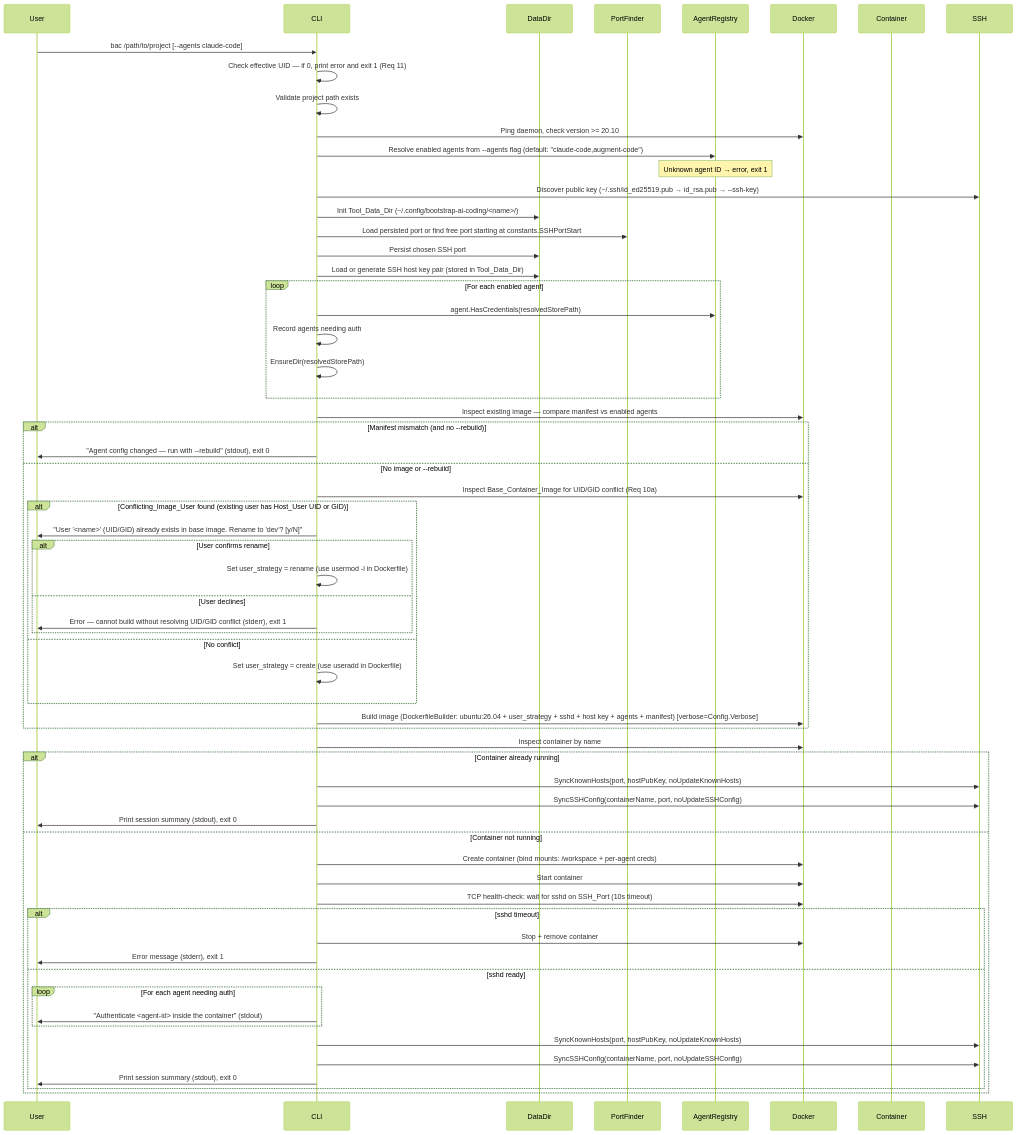
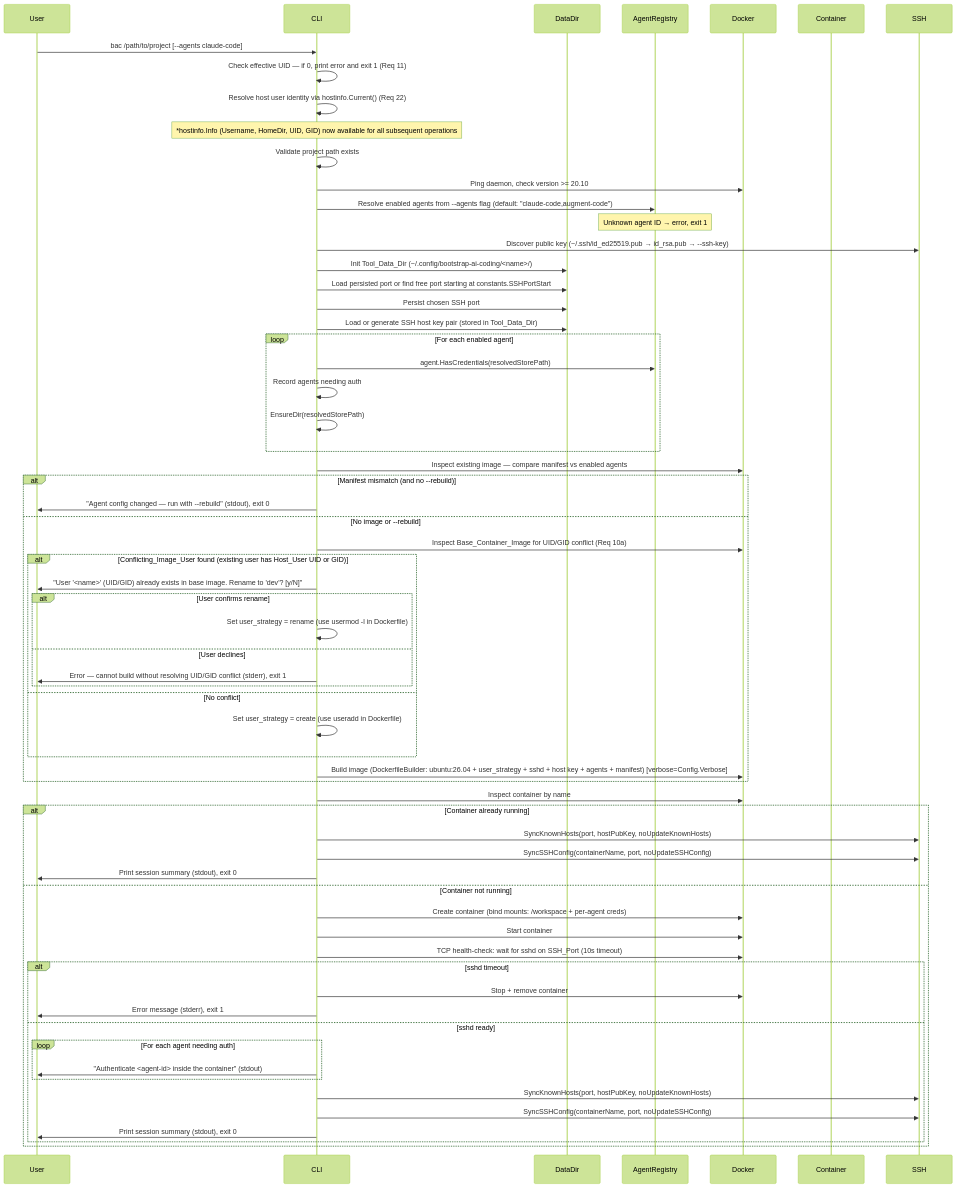
Before and after one commit to koudis/bootstrap-ai-coding: the second of 4 diagrams in .kiro/specs/bootstrap-ai-coding/design-architecture.md, drawn with Mermaid (forest theme). The commit also changed other lines of this file and 33 other files, not shown here.

````diff
--- a/.kiro/specs/bootstrap-ai-coding/design-architecture.md
+++ b/.kiro/specs/bootstrap-ai-coding/design-architecture.md
@@ -80,65 +81,66 @@
 ```mermaid
 sequenceDiagram
     participant User
     participant CLI
     participant DataDir
-    participant PortFinder
     participant AgentRegistry
     participant Docker
     participant Container
 
     User->>CLI: bac /path/to/project [--agents claude-code]
     CLI->>CLI: Check effective UID — if 0, print error and exit 1 (Req 11)
+    CLI->>CLI: Resolve host user identity via hostinfo.Current() (Req 22)
+    note over CLI: *hostinfo.Info (Username, HomeDir, UID, GID) now available for all subsequent operations
     CLI->>CLI: Validate project path exists
     CLI->>Docker: Ping daemon, check version >= 20.10
     CLI->>AgentRegistry: Resolve enabled agents from --agents flag (default: "claude-code,augment-code")
     note over AgentRegistry: Unknown agent ID → error, exit 1
     CLI->>SSH: Discover public key (~/.ssh/id_ed25519.pub → id_rsa.pub → --ssh-key)
     CLI->>DataDir: Init Tool_Data_Dir (~/.config/bootstrap-ai-coding/<name>/)
-    CLI->>PortFinder: Load persisted port or find free port starting at constants.SSHPortStart
+    CLI->>DataDir: Load persisted port or find free port starting at constants.SSHPortStart
     CLI->>DataDir: Persist chosen SSH port
     CLI->>DataDir: Load or generate SSH host key pair (stored in Tool_Data_Dir)
     loop For each enabled agent
         CLI->>AgentRegistry: agent.HasCredentials(resolvedStorePath)
         CLI->>CLI: Record agents needing auth
         CLI->>CLI: EnsureDir(resolvedStorePath)
     end
     CLI->>Docker: Inspect existing image — compare manifest vs enabled agents
     alt Manifest mismatch (and no --rebuild)
         CLI->>User: "Agent config changed — run with --rebuild" (stdout), exit 0
     else No image or --rebuild
         CLI->>Docker: Inspect Base_Container_Image for UID/GID conflict (Req 10a)
         alt Conflicting_Image_User found (existing user has Host_User UID or GID)
             CLI->>User: "User '<name>' (UID/GID) already exists in base image. Rename to 'dev'? [y/N]"
             alt User confirms rename
                 CLI->>CLI: Set user_strategy = rename (use usermod -l in Dockerfile)
             else User declines
                 CLI->>User: Error — cannot build without resolving UID/GID conflict (stderr), exit 1
             end
         else No conflict
             CLI->>CLI: Set user_strategy = create (use useradd in Dockerfile)
         end
         CLI->>Docker: Build image (DockerfileBuilder: ubuntu:26.04 + user_strategy + sshd + host key + agents + manifest) [verbose=Config.Verbose]
     end
     CLI->>Docker: Inspect container by name
     alt Container already running
         CLI->>SSH: SyncKnownHosts(port, hostPubKey, noUpdateKnownHosts)
         CLI->>SSH: SyncSSHConfig(containerName, port, noUpdateSSHConfig)
         CLI->>User: Print session summary (stdout), exit 0
     else Container not running
         CLI->>Docker: Create container (bind mounts: /workspace + per-agent creds)
         CLI->>Docker: Start container
         CLI->>Docker: TCP health-check: wait for sshd on SSH_Port (10s timeout)
         alt sshd timeout
             CLI->>Docker: Stop + remove container
             CLI->>User: Error message (stderr), exit 1
         else sshd ready
             loop For each agent needing auth
                 CLI->>User: "Authenticate <agent-id> inside the container" (stdout)
             end
             CLI->>SSH: SyncKnownHosts(port, hostPubKey, noUpdateKnownHosts)
             CLI->>SSH: SyncSSHConfig(containerName, port, noUpdateSSHConfig)
             CLI->>User: Print session summary (stdout), exit 0
         end
     end
 ```
````
